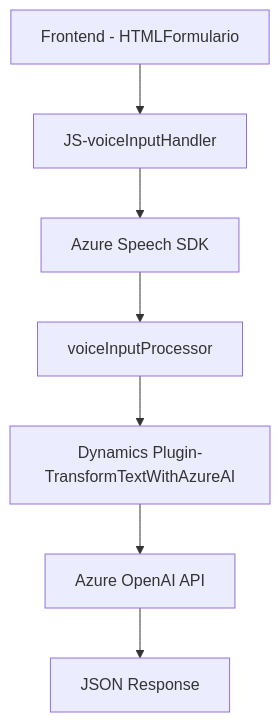
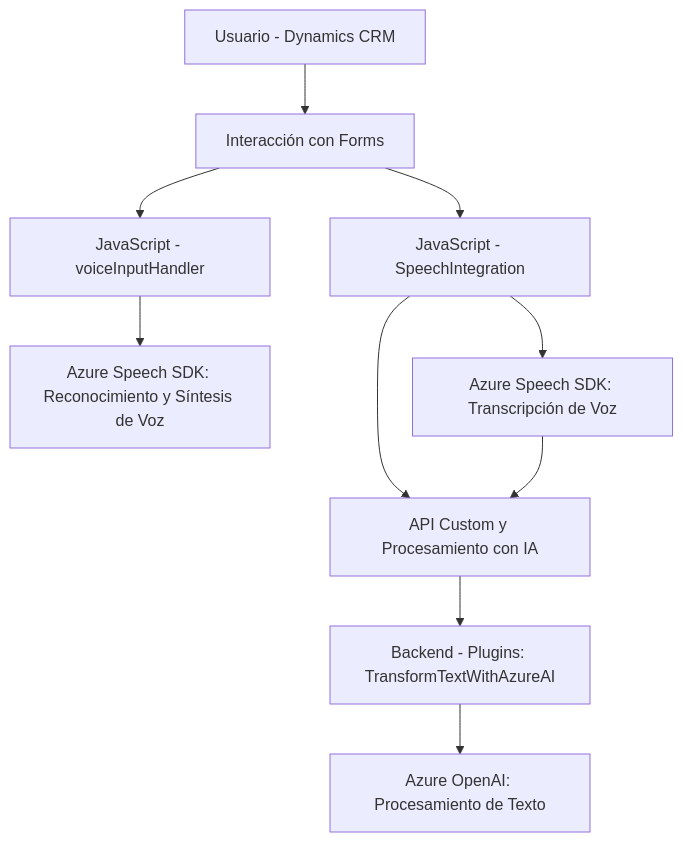
One commit to blopezdm/NETCORE_BILBAO2025 changed the diagram in README.md. Above: the diagram before and after it, drawn with Mermaid. The commit also changed other lines of this file, not shown here.

Commit message:
Actualizar análisis global de la solución con IA

````diff
--- a/README.md
+++ b/README.md
@@ -27,17 +37,12 @@
 ```mermaid
 graph TD
-    A["Frontend - HTMLFormulario"]
-    B["JS-voiceInputHandler"]
-    C["Azure Speech SDK"]
-    D["voiceInputProcessor"]
-    E["Dynamics Plugin-TransformTextWithAzureAI"]
-    F["Azure OpenAI API"]
-    G["JSON Response"]
-
-    A --> B
-    B --> C
-    C --> D
-    D --> E
-    E --> F
+    A["Usuario - Dynamics CRM"] --> B["Interacción con Forms"]
+    B --> C["JavaScript - voiceInputHandler"]
+    B --> D["JavaScript - SpeechIntegration"]
+    C --> E["Azure Speech SDK: Reconocimiento y Síntesis de Voz"]
+    D --> F["Azure Speech SDK: Transcripción de Voz"]
+    D --> G["API Custom y Procesamiento con IA"]
     F --> G
+    G --> H["Backend - Plugins: TransformTextWithAzureAI"]
+    H --> I["Azure OpenAI: Procesamiento de Texto"]
 ```
````
